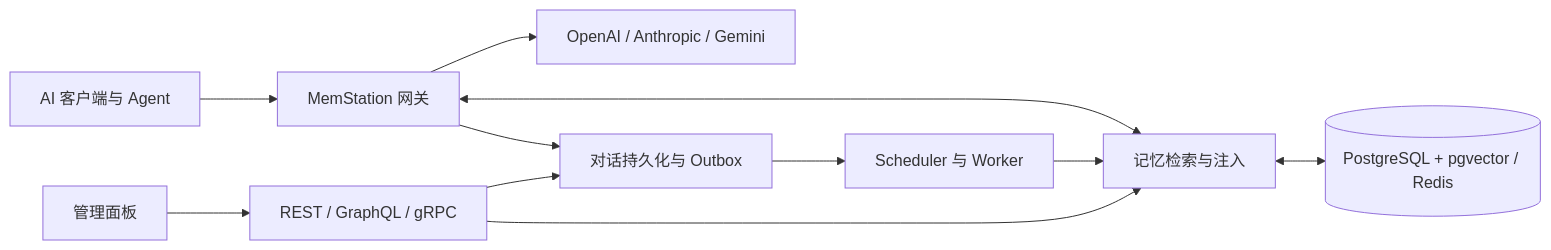
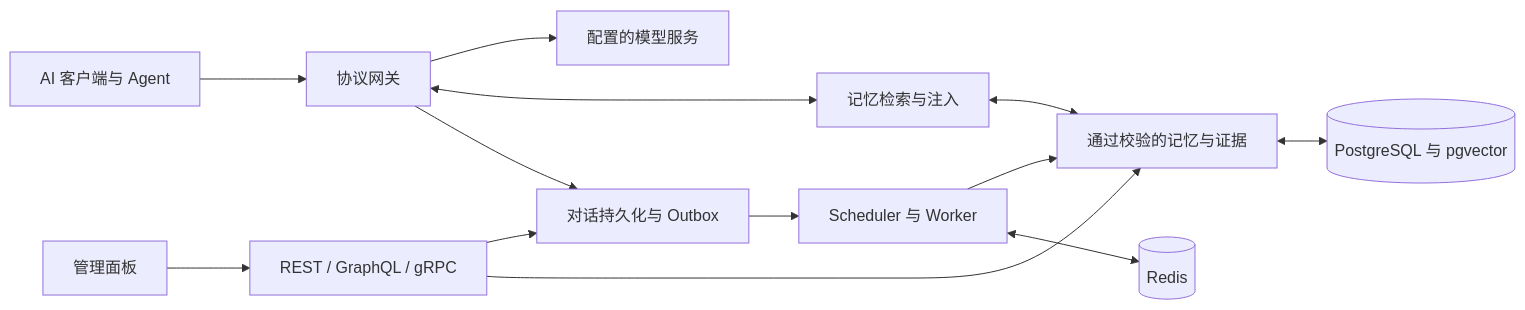
One commit to backrunner/memstation changed the diagram in README.zh-CN.md. Above: the diagram before and after it, drawn with Mermaid. The commit also changed other lines of this file and 17 other files, not shown here.

Commit message:
chore: prepare MemStation for public open-source collaboration

````diff
--- a/README.zh-CN.md
+++ b/README.zh-CN.md
@@ -42,13 +53,15 @@
 ```mermaid
 flowchart LR
-  Client[AI 客户端与 Agent] --> Gateway[MemStation 网关]
-  Gateway --> Providers[OpenAI / Anthropic / Gemini]
-  Gateway <--> Memory[记忆检索与注入]
-  Gateway --> Outbox[对话持久化与 Outbox]
-  Outbox --> Workers[Scheduler 与 Worker]
-  Workers --> Memory
-  Memory <--> Storage[(PostgreSQL + pgvector / Redis)]
+  Client[AI 客户端与 Agent] --> Gateway[协议网关]
+  Gateway --> Models[配置的模型服务]
+  Gateway <--> Recall[记忆检索与注入]
+  Gateway --> Conversations[对话持久化与 Outbox]
+  Conversations --> Workers[Scheduler 与 Worker]
+  Workers --> Memories[通过校验的记忆与证据]
+  Recall <--> Memories
+  Memories <--> DB[(PostgreSQL 与 pgvector)]
+  Workers <--> Redis[(Redis)]
   Manager[管理面板] --> Admin[REST / GraphQL / gRPC]
-  Admin --> Memory
-  Admin --> Outbox
+  Admin --> Conversations
+  Admin --> Memories
 ```
````
